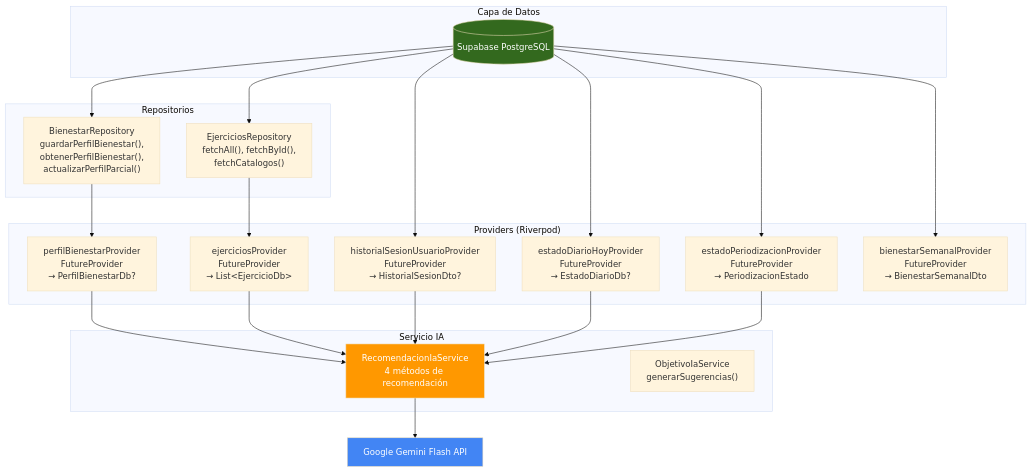
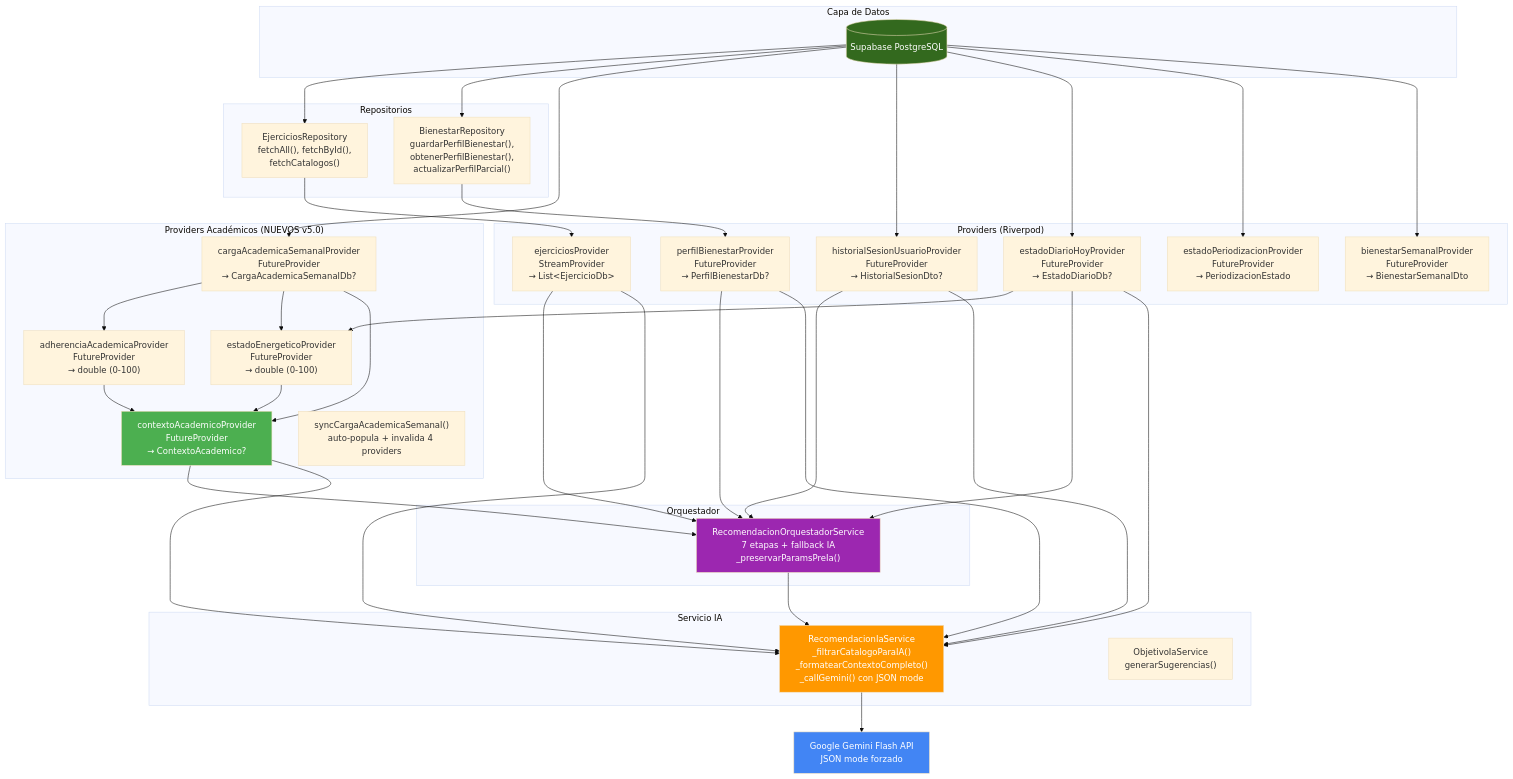
Before and after one commit to Jloen1999/synaptixfit: diagram 14 of 14 in docs/15-ia-recomendacion-sistema.md, drawn with Mermaid (base theme). The commit also changed other lines of this file and 270 other files, not shown here.

````diff
--- a/docs/15-ia-recomendacion-sistema.md
+++ b/docs/15-ia-recomendacion-sistema.md
@@ -870,46 +1213,74 @@
 ```mermaid
 flowchart TD
     subgraph "Capa de Datos"
         DB[(Supabase PostgreSQL)]
     end
 
     subgraph "Repositorios"
         ER["EjerciciosRepository<br/>fetchAll(), fetchById(),<br/>fetchCatalogos()"]
         BR["BienestarRepository<br/>guardarPerfilBienestar(),<br/>obtenerPerfilBienestar(),<br/>actualizarPerfilParcial()"]
     end
 
+    subgraph "Providers Académicos (NUEVOS v5.0)"
+        CASP["cargaAcademicaSemanalProvider<br/>FutureProvider<br/>→ CargaAcademicaSemanalDb?"]
+        AAP["adherenciaAcademicaProvider<br/>FutureProvider<br/>→ double (0-100)"]
+        EEP["estadoEnergeticoProvider<br/>FutureProvider<br/>→ double (0-100)"]
+        CAP["contextoAcademicoProvider<br/>FutureProvider<br/>→ ContextoAcademico?"]
+        SYNC["syncCargaAcademicaSemanal()<br/>auto-popula + invalida 4 providers"]
+    end
+
     subgraph "Providers (Riverpod)"
-        EP["ejerciciosProvider<br/>FutureProvider<br/>→ List&lt;EjercicioDb&gt;"]
+        EP["ejerciciosProvider<br/>StreamProvider<br/>→ List&lt;EjercicioDb&gt;"]
         PBP["perfilBienestarProvider<br/>FutureProvider<br/>→ PerfilBienestarDb?"]
         HSP["historialSesionUsuarioProvider<br/>FutureProvider<br/>→ HistorialSesionDto?"]
         EHP["estadoDiarioHoyProvider<br/>FutureProvider<br/>→ EstadoDiarioDb?"]
         ESP["estadoPeriodizacionProvider<br/>FutureProvider<br/>→ PeriodizacionEstado"]
         BSP["bienestarSemanalProvider<br/>FutureProvider<br/>→ BienestarSemanalDto"]
     end
 
     subgraph "Servicio IA"
-        IAS["RecomendacionIaService<br/>4 métodos de recomendación"]
+        IAS["RecomendacionIaService<br/>_filtrarCatalogoParaIA()<br/>_formatearContextoCompleto()<br/>_callGemini() con JSON mode"]
         OIAS["ObjetivoIaService<br/>generarSugerencias()"]
+    end
+
+    subgraph "Orquestador"
+        ORQ["RecomendacionOrquestadorService<br/>7 etapas + fallback IA<br/>_preservarParamsPreIa()"]
     end
 
     DB --> ER
     DB --> BR
+    DB --> CASP
     ER --> EP
     BR --> PBP
     DB --> HSP
     DB --> EHP
     DB --> ESP
     DB --> BSP
 
+    CASP --> AAP
+    CASP --> EEP
+    EHP --> EEP
+    AAP --> CAP
+    EEP --> CAP
+    CASP --> CAP
+
+    PBP --> ORQ
+    EP --> ORQ
+    HSP --> ORQ
+    EHP --> ORQ
+    CAP --> ORQ
     PBP --> IAS
     EP --> IAS
     HSP --> IAS
     EHP --> IAS
-    ESP --> IAS
+    CAP --> IAS
 
-    IAS --> Gemini["Google Gemini Flash API"]
+    ORQ --> IAS
+    IAS --> Gemini["Google Gemini Flash API\nJSON mode forzado"]
 
     style DB fill:#33691E,color:white
     style Gemini fill:#4285F4,color:white
     style IAS fill:#FF9800,color:white
+    style CAP fill:#4CAF50,color:white
+    style ORQ fill:#9C27B0,color:white
 ```
````
